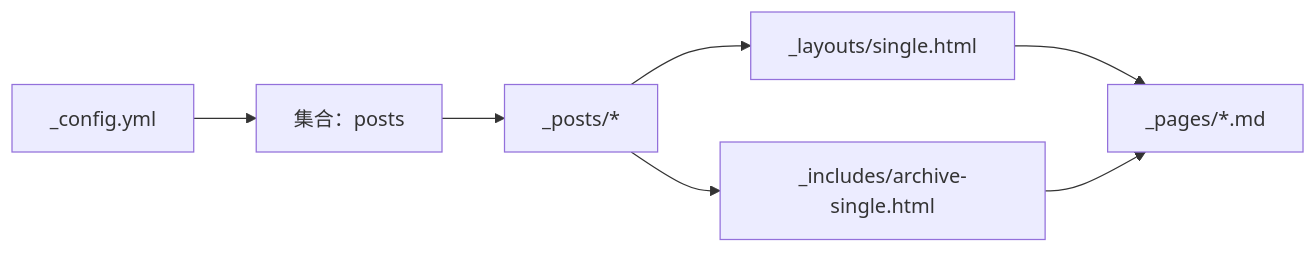
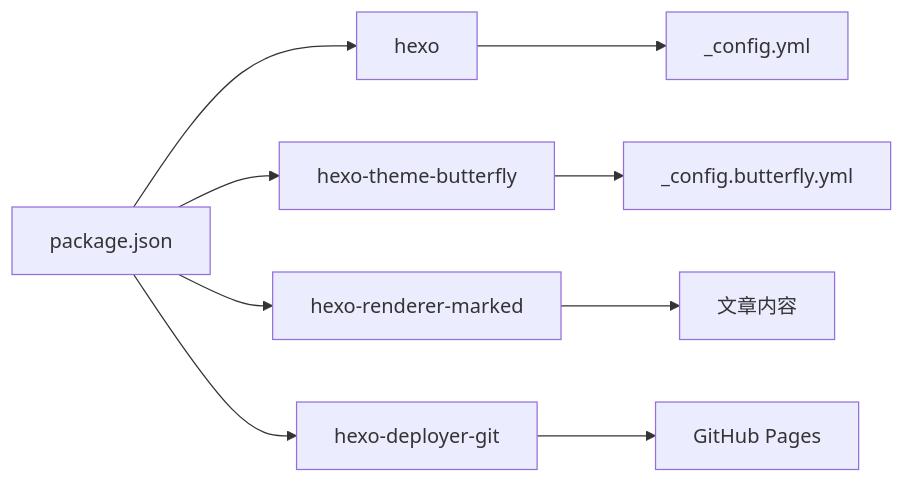
The third of 3 diagrams in .qoder/repowiki/zh/content/内容管理系统/博客文章管理.md (CoolPig0720/CoolPig0720.github.io), drawn with Mermaid before and after one commit. The commit also changed other lines of this file and 36 other files, not shown here.

````diff
--- a/.qoder/repowiki/zh/content/内容管理系统/博客文章管理.md
+++ b/.qoder/repowiki/zh/content/内容管理系统/博客文章管理.md
@@ -239,9 +256,11 @@
 ```mermaid
 graph LR
-CFG["_config.yml"] --> COL["集合：posts"]
-COL --> POSTS["_posts/*"]
-POSTS --> LAYOUT["_layouts/single.html"]
-POSTS --> INC["_includes/archive-single.html"]
-LAYOUT --> PAGE["_pages/*.md"]
-INC --> PAGE
+PKG["package.json"] --> HEXO["hexo"]
+PKG --> THEME["hexo-theme-butterfly"]
+PKG --> RENDERER["hexo-renderer-marked"]
+PKG --> DEPLOY["hexo-deployer-git"]
+HEXO --> CFG["_config.yml"]
+THEME --> BUTTERFLY["_config.butterfly.yml"]
+RENDERER --> POSTS["文章内容"]
+DEPLOY --> GH["GitHub Pages"]
 ```
````
